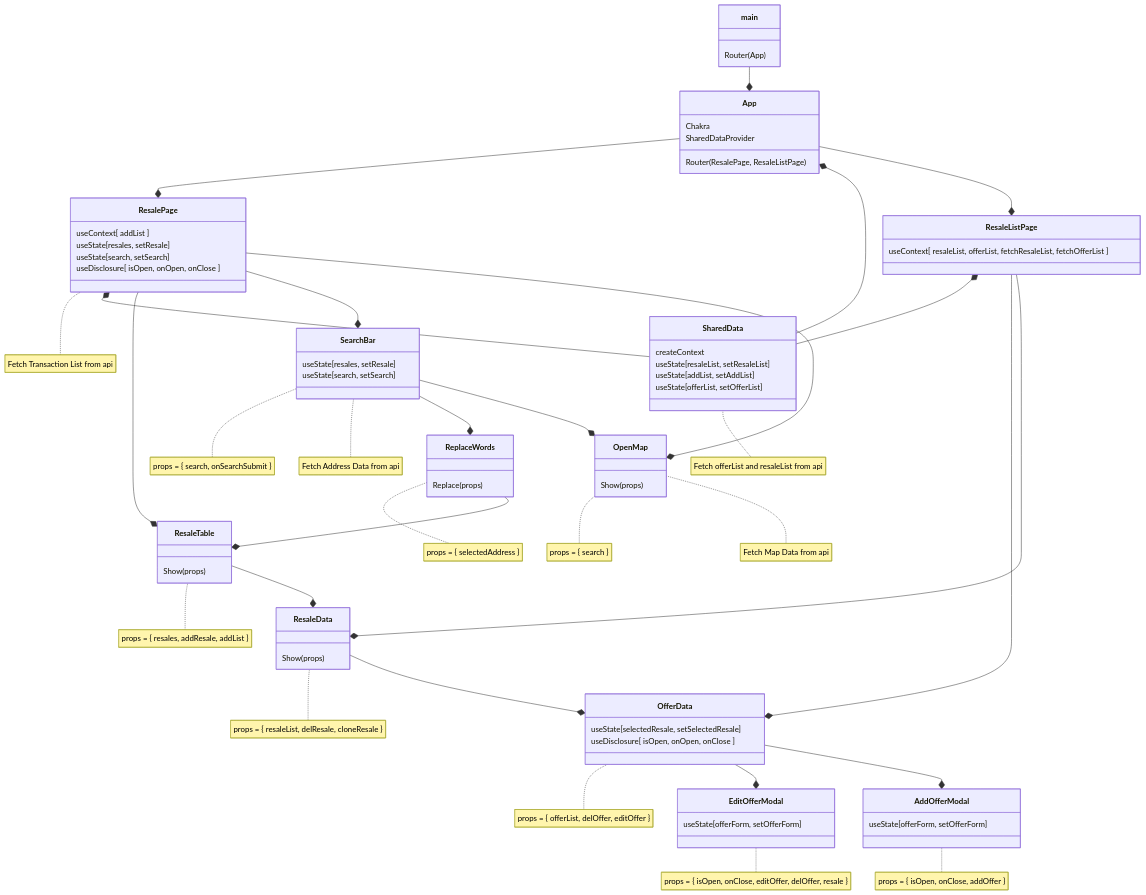
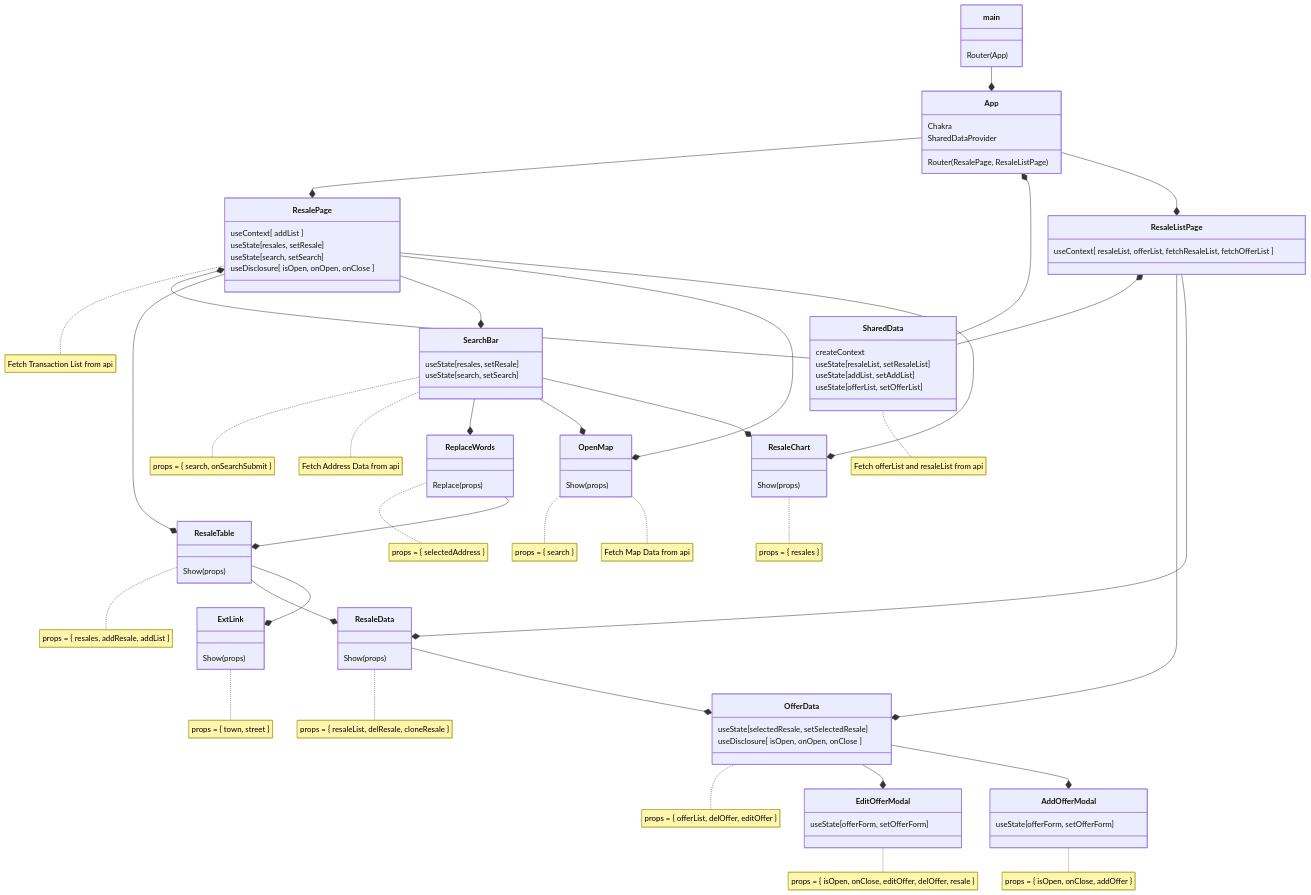
The diagram in README.md (bfcxfm/Housing-Resale-SG), drawn with Mermaid before and after one commit. The commit also changed other lines of this file, not shown here.

```diff
--- a/README.md
+++ b/README.md
@@ -54,6 +75,18 @@
 note for OpenMap "props = { search }"
 note for OpenMap "Fetch Map Data from api"
 
+class ResaleChart {
+    Show (props)
+
+}
+note for ResaleChart "props = { resales }"
+
+class ExtLink {
+    Show (props)
+
+}
+note for ExtLink "props = { town, street }"
+
 class ResaleListPage {
     useContext[ resaleList, offerList, fetchResaleList, fetchOfferList ]
   }
@@ -98,6 +131,9 @@
 ResaleData *-- ResaleListPage
 EditOfferModal *-- OfferData
 AddOfferModal *-- OfferData
+ExtLink *-- ResaleTable
+ResaleChart *-- ResalePage
+ResaleChart *-- SearchBar
 
 
 
```
